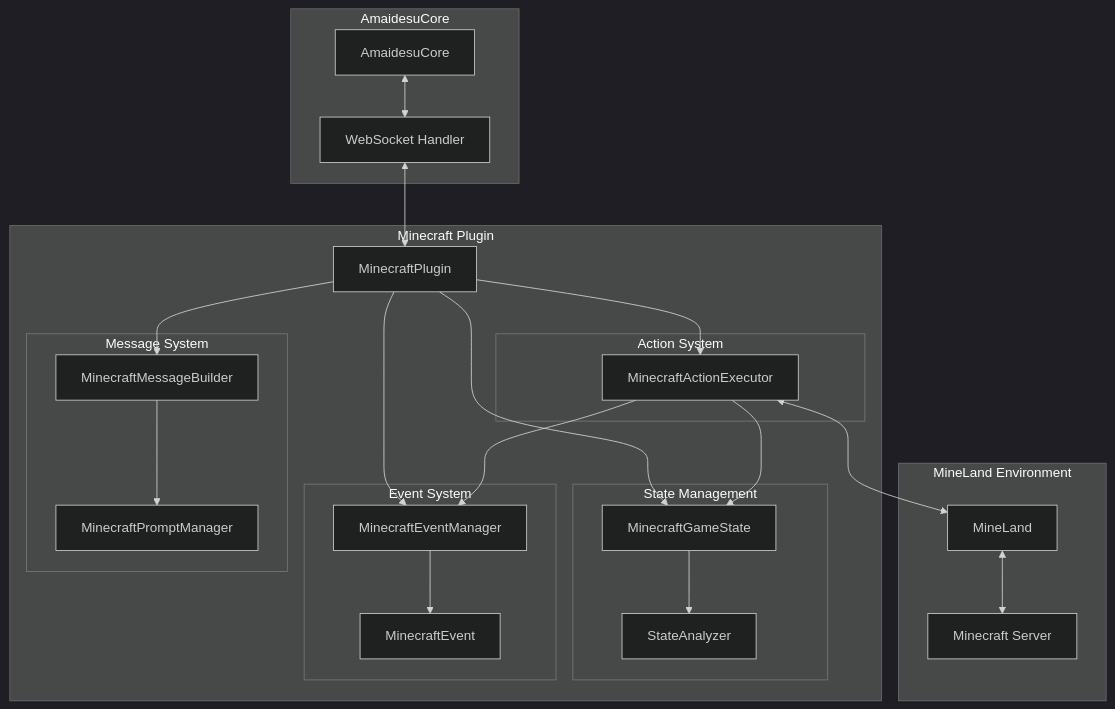
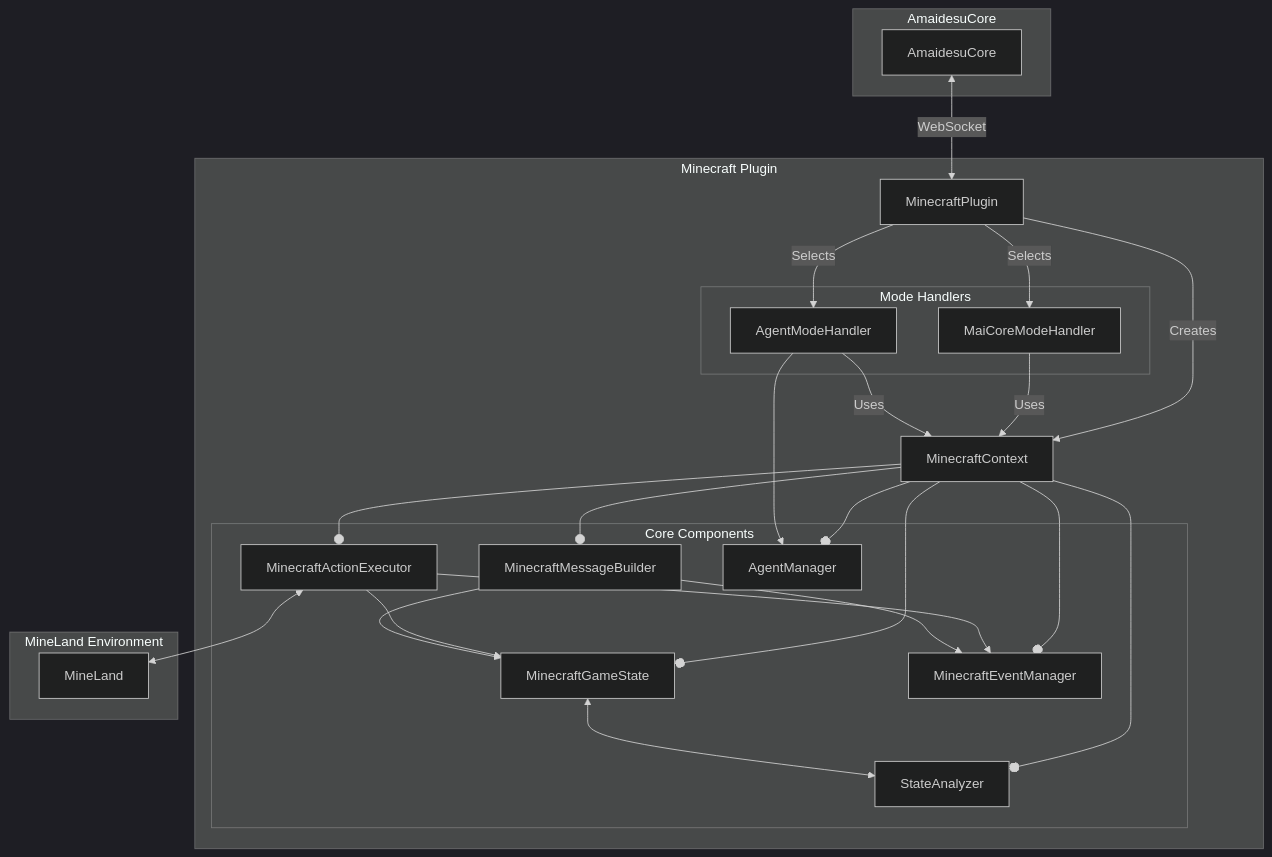
One commit to ChangingSelf/MaiBot-Vtuber changed the first of 3 diagrams in src/plugins/minecraft/README.md. Above: the diagram before and after it, drawn with Mermaid (dark theme). The commit also changed other lines of this file and 10 other files, not shown here.

````diff
--- a/src/plugins/minecraft/README.md
+++ b/src/plugins/minecraft/README.md
@@ -59,51 +42,52 @@
 ```mermaid
-graph TB
+graph TD
     subgraph "AmaidesuCore"
         AC[AmaidesuCore]
-        WS[WebSocket Handler]
     end
-    
+
     subgraph "Minecraft Plugin"
-        MP[MinecraftPlugin]
+        Plugin[MinecraftPlugin]
+        subgraph "Mode Handlers"
+            MCH[MaiCoreModeHandler]
+            AH[AgentModeHandler]
+        end
         
-        subgraph "State Management"
+        Context[MinecraftContext]
+        
+        subgraph "Core Components"
             GS[MinecraftGameState]
             SA[StateAnalyzer]
-        end
-        
-        subgraph "Action System"
+            EM[MinecraftEventManager]
             AE[MinecraftActionExecutor]
-        end
-        
-        subgraph "Event System"
-            EM[MinecraftEventManager]
-            EV[MinecraftEvent]
-        end
-        
-        subgraph "Message System"
             MB[MinecraftMessageBuilder]
-            PM[MinecraftPromptManager]
+            AM[AgentManager]
         end
     end
-    
+
     subgraph "MineLand Environment"
         ML[MineLand]
-        MC[Minecraft Server]
     end
+
+    AC <-->|WebSocket| Plugin
+    Plugin -->|Selects| MCH
+    Plugin -->|Selects| AH
     
-    AC <--> WS
-    WS <--> MP
-    MP --> GS
-    MP --> AE
-    MP --> EM
-    MP --> MB
-    
-    GS --> SA
+    Plugin -->|Creates| Context
+    MCH -->|Uses| Context
+    AH -->|Uses| Context
+
+    Context --o GS
+    Context --o SA
+    Context --o EM
+    Context --o AE
+    Context --o MB
+    Context --o AM
+
+    AE <--> ML
+    GS <--> SA
     AE --> GS
     AE --> EM
-    EM --> EV
-    MB --> PM
-    
-    AE <--> ML
-    ML <--> MC
+    MB --> GS
+    MB --> EM
+    AH --> AM
 ```
````
